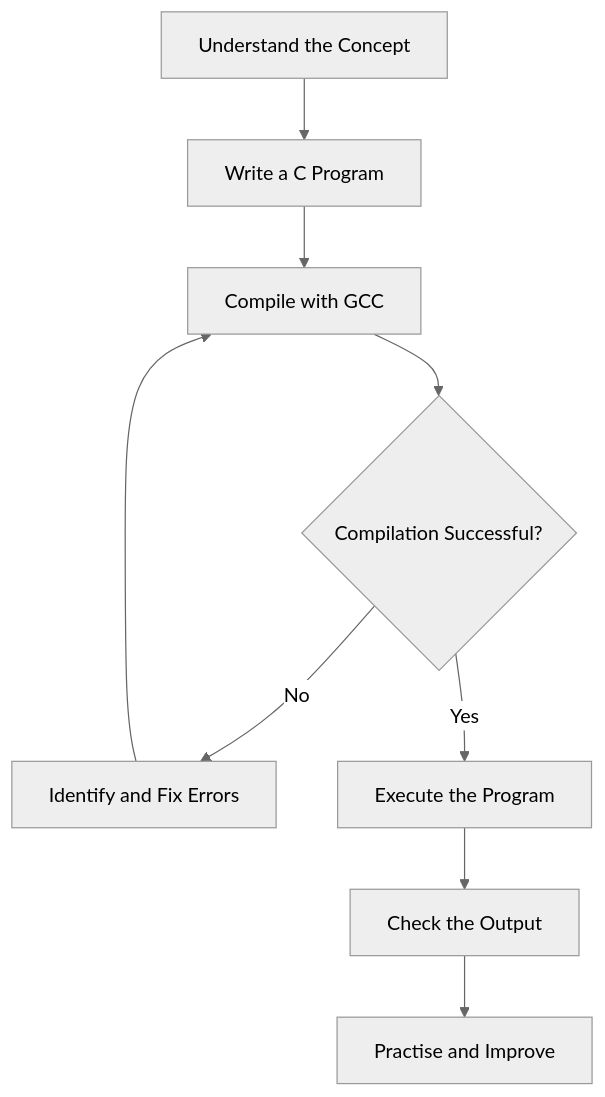
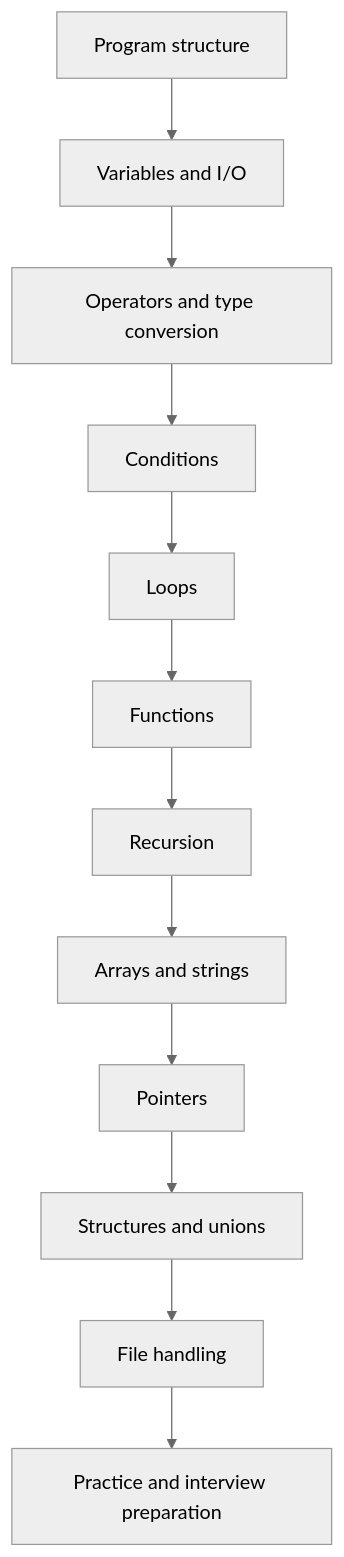
One commit to Devputta/Cprogramming changed the diagram in README.md. Above: the diagram before and after it, drawn with Mermaid (neutral theme). The commit also changed other lines of this file, not shown here.

````diff
--- a/README.md
+++ b/README.md
@@ -251,11 +71,14 @@
 ```mermaid
 flowchart TD
-    A[Understand the Concept] --> B[Write a C Program]
-    B --> C[Compile with GCC]
-    C --> D{Compilation Successful?}
-    D -->|No| E[Identify and Fix Errors]
-    E --> C
-    D -->|Yes| F[Execute the Program]
-    F --> G[Check the Output]
-    G --> H[Practise and Improve]
+    A[Program structure] --> B[Variables and I/O]
+    B --> C[Operators and type conversion]
+    C --> D[Conditions]
+    D --> E[Loops]
+    E --> F[Functions]
+    F --> G[Recursion]
+    G --> H[Arrays and strings]
+    H --> I[Pointers]
+    I --> J[Structures and unions]
+    J --> K[File handling]
+    K --> L[Practice and interview preparation]
 ```
````
